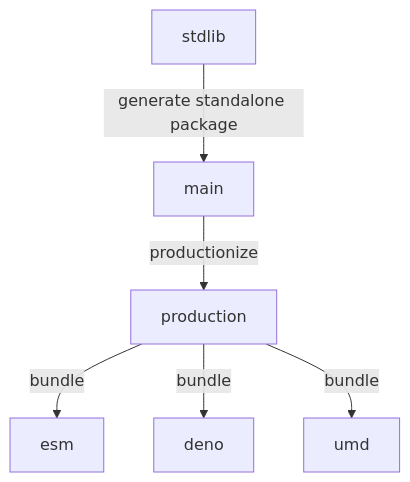
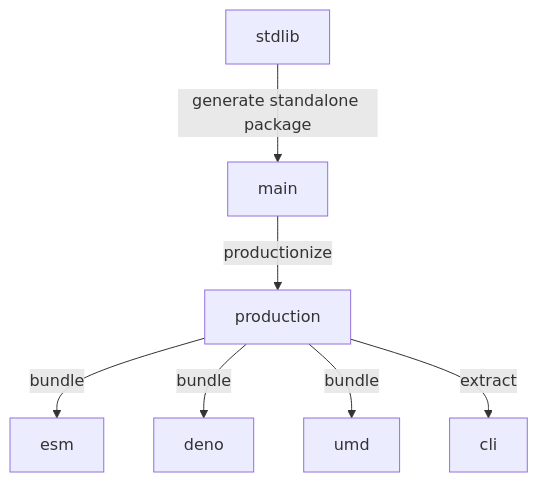
The diagram in branches.md (stdlib-js/datasets-us-states-capitals-names), drawn with Mermaid before and after one commit. The commit also changed other lines of this file and 8 other files, not shown here.

````diff
--- a/branches.md
+++ b/branches.md
@@ -33,15 +34,17 @@
 ```mermaid
 graph TD;
 A[stdlib]-->|generate standalone package|B;
 B[main] -->|productionize| C[production];
 C -->|bundle| D[esm];
 C -->|bundle| E[deno];
 C -->|bundle| F[umd];
+C -->|extract| G[cli];
 
-click A href "https://github.com/stdlib-js/stdlib/tree/develop/lib/node_modules/%40stdlib/datasets/us-states-capitals-names"
-click B href "https://github.com/stdlib-js/datasets-us-states-capitals-names/tree/main"
-click C href "https://github.com/stdlib-js/datasets-us-states-capitals-names/tree/production"
-click D href "https://github.com/stdlib-js/datasets-us-states-capitals-names/tree/esm"
-click E href "https://github.com/stdlib-js/datasets-us-states-capitals-names/tree/deno"
-click F href "https://github.com/stdlib-js/datasets-us-states-capitals-names/tree/umd"
+%% click A href "https://github.com/stdlib-js/stdlib/tree/develop/lib/node_modules/%40stdlib/datasets/us-states-capitals-names"
+%% click B href "https://github.com/stdlib-js/datasets-us-states-capitals-names/tree/main"
+%% click C href "https://github.com/stdlib-js/datasets-us-states-capitals-names/tree/production"
+%% click D href "https://github.com/stdlib-js/datasets-us-states-capitals-names/tree/esm"
+%% click E href "https://github.com/stdlib-js/datasets-us-states-capitals-names/tree/deno"
+%% click F href "https://github.com/stdlib-js/datasets-us-states-capitals-names/tree/umd"
+%% click G href "https://github.com/stdlib-js/datasets-us-states-capitals-names/tree/cli"
 ```
````
